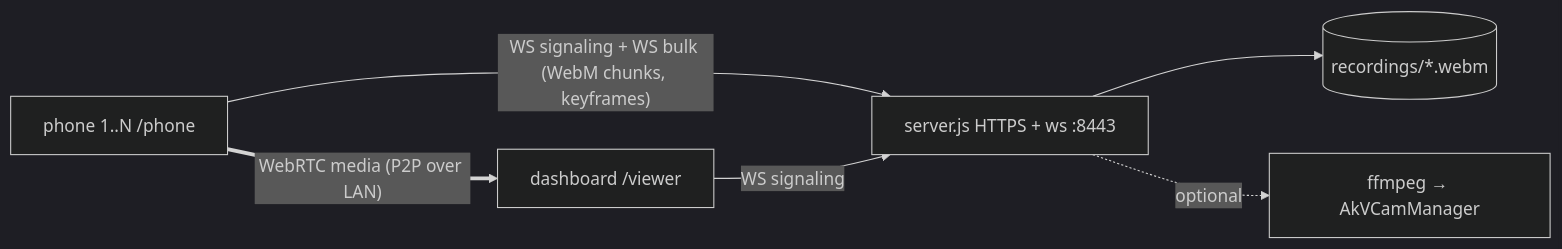
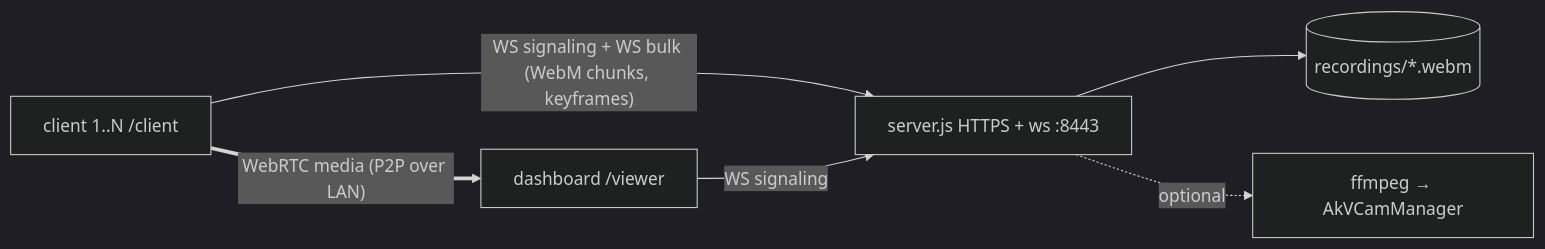
The diagram in README.md (sebuju/synora), drawn with Mermaid (dark theme) before and after one commit. The commit also changed other lines of this file and 18 other files, not shown here.

First line of the commit message:
refactor: rename phone to client throughout

````diff
--- a/README.md
+++ b/README.md
@@ -44,14 +44,14 @@
 ```mermaid
 flowchart LR
-    P1["phone 1..N  /phone"]
+    P1["client 1..N  /client"]
     S["server.js  HTTPS + ws  :8443"]
     V["dashboard  /viewer"]
     R[("recordings/*.webm")]
     C["ffmpeg → AkVCamManager"]
 
     P1 -- "WS signaling + WS bulk (WebM chunks, keyframes)" --> S
     V -- "WS signaling" --> S
     S --> R
     S -.optional.-> C
     P1 == "WebRTC media (P2P over LAN)" ==> V
 ```
````
